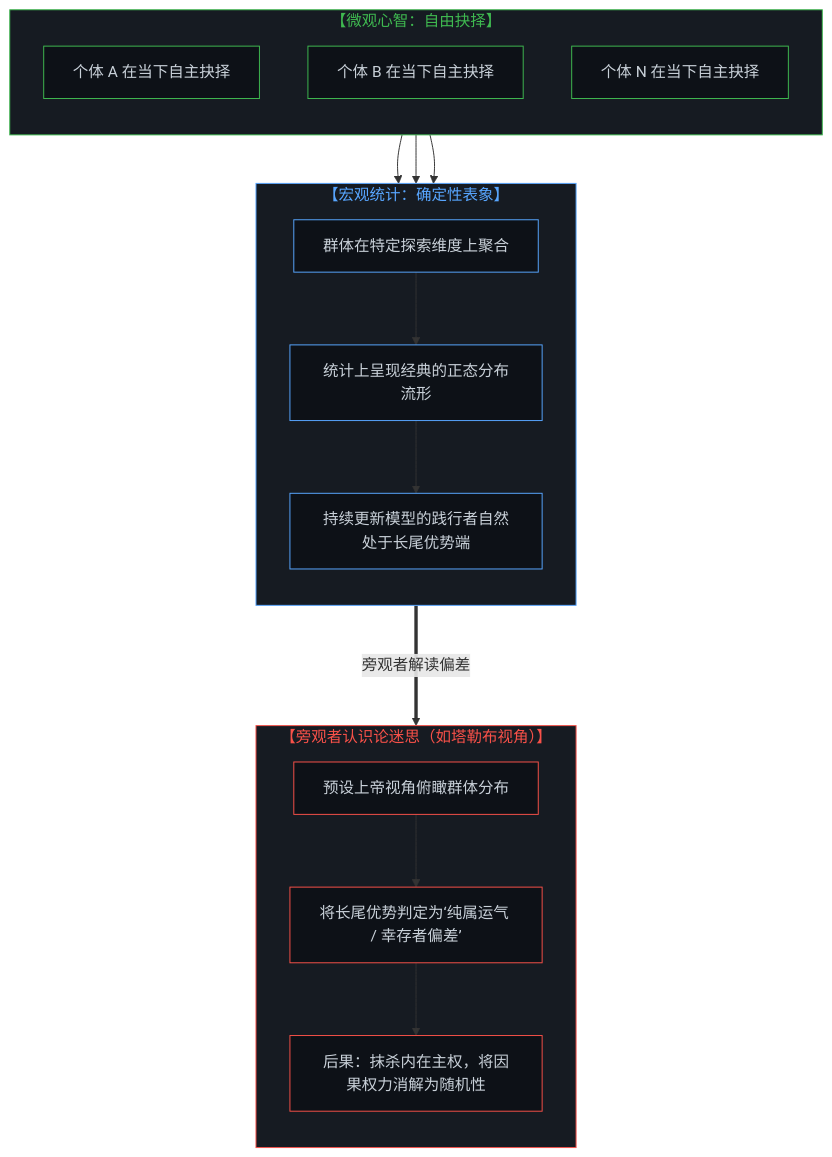
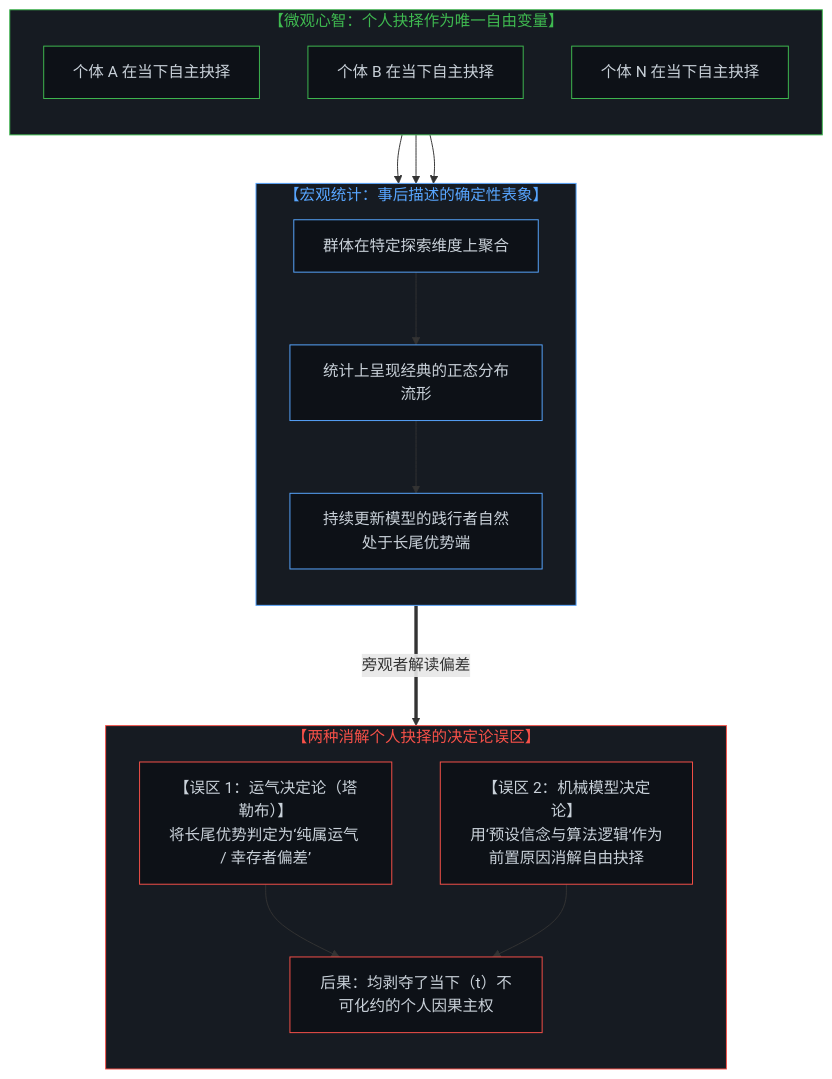
The second of 6 diagrams in content/posts/the-two-sided-nature-of-sovereign-choice-and-the-objectification-of-observation.md (powerpig99/not-a-toe), drawn with Mermaid before and after one commit. The commit also changed other lines of this file and 5 other files, not shown here.

````diff
--- a/content/posts/the-two-sided-nature-of-sovereign-choice-and-the-objectification-of-observation.md
+++ b/content/posts/the-two-sided-nature-of-sovereign-choice-and-the-objectification-of-observation.md
@@ -61,43 +61,44 @@
 ```mermaid
 graph TD
-    subgraph S_Micro["【微观心智：自由抉择】"]
+    subgraph S_Micro["【微观心智：个人抉择作为唯一自由变量】"]
         direction TB
         M1["个体 A 在当下自主抉择"]
         M2["个体 B 在当下自主抉择"]
         M3["个体 N 在当下自主抉择"]
     end
 
-    subgraph S_Macro["【宏观统计：确定性表象】"]
+    subgraph S_Macro["【宏观统计：事后描述的确定性表象】"]
         direction TB
         D1["群体在特定探索维度上聚合"]
         D2["统计上呈现经典的正态分布流形"]
         D3["持续更新模型的践行者自然处于长尾优势端"]
         D1 --> D2 --> D3
     end
 
-    subgraph S_Fallacy["【旁观者认识论迷思（如塔勒布视角）】"]
+    subgraph S_Fallacy["【两种消解个人抉择的决定论误区】"]
         direction TB
-        T1["预设上帝视角俯瞰群体分布"]
-        T2["将长尾优势判定为‘纯属运气 / 幸存者偏差’"]
-        T3["后果：抹杀内在主权，将因果权力消解为随机性"]
-        T1 --> T2 --> T3
+        T1["【误区 1：运气决定论（塔勒布）】<br>将长尾优势判定为‘纯属运气 / 幸存者偏差’"]
+        T2["【误区 2：机械模型决定论】<br>用‘预设信念与算法逻辑’作为前置原因消解自由抉择"]
+        T3["后果：均剥夺了当下（t）不可化约的个人因果主权"]
+        T1 --> T3
+        T2 --> T3
     end
 
     M1 --> D1
     M2 --> D1
     M3 --> D1
     D3 ===>|"旁观者解读偏差"| T1
 
     style S_Micro fill:#161b22,stroke:#3fb950,stroke-width:1px,color:#3fb950
     style S_Macro fill:#161b22,stroke:#58a6ff,stroke-width:1px,color:#58a6ff
     style S_Fallacy fill:#161b22,stroke:#f85149,stroke-width:1px,color:#f85149
     style M1 fill:#0d1117,stroke:#3fb950,stroke-width:1px,color:#c9d1d9
     style M2 fill:#0d1117,stroke:#3fb950,stroke-width:1px,color:#c9d1d9
     style M3 fill:#0d1117,stroke:#3fb950,stroke-width:1px,color:#c9d1d9
     style D1 fill:#0d1117,stroke:#58a6ff,stroke-width:1px,color:#c9d1d9
     style D2 fill:#0d1117,stroke:#58a6ff,stroke-width:1px,color:#c9d1d9
     style D3 fill:#0d1117,stroke:#58a6ff,stroke-width:1px,color:#c9d1d9
     style T1 fill:#0d1117,stroke:#f85149,stroke-width:1px,color:#c9d1d9
     style T2 fill:#0d1117,stroke:#f85149,stroke-width:1px,color:#c9d1d9
     style T3 fill:#0d1117,stroke:#f85149,stroke-width:1px,color:#c9d1d9
 ```
````
